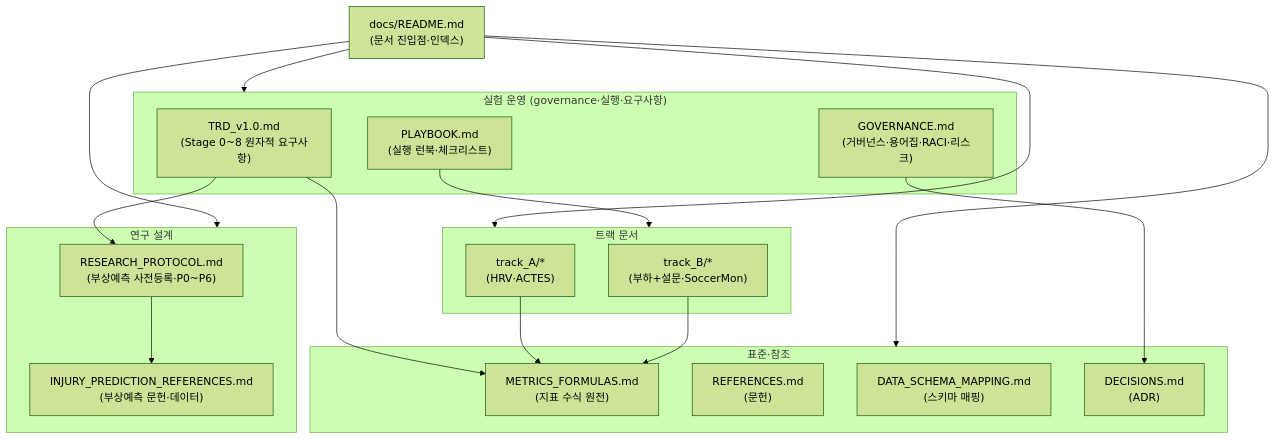
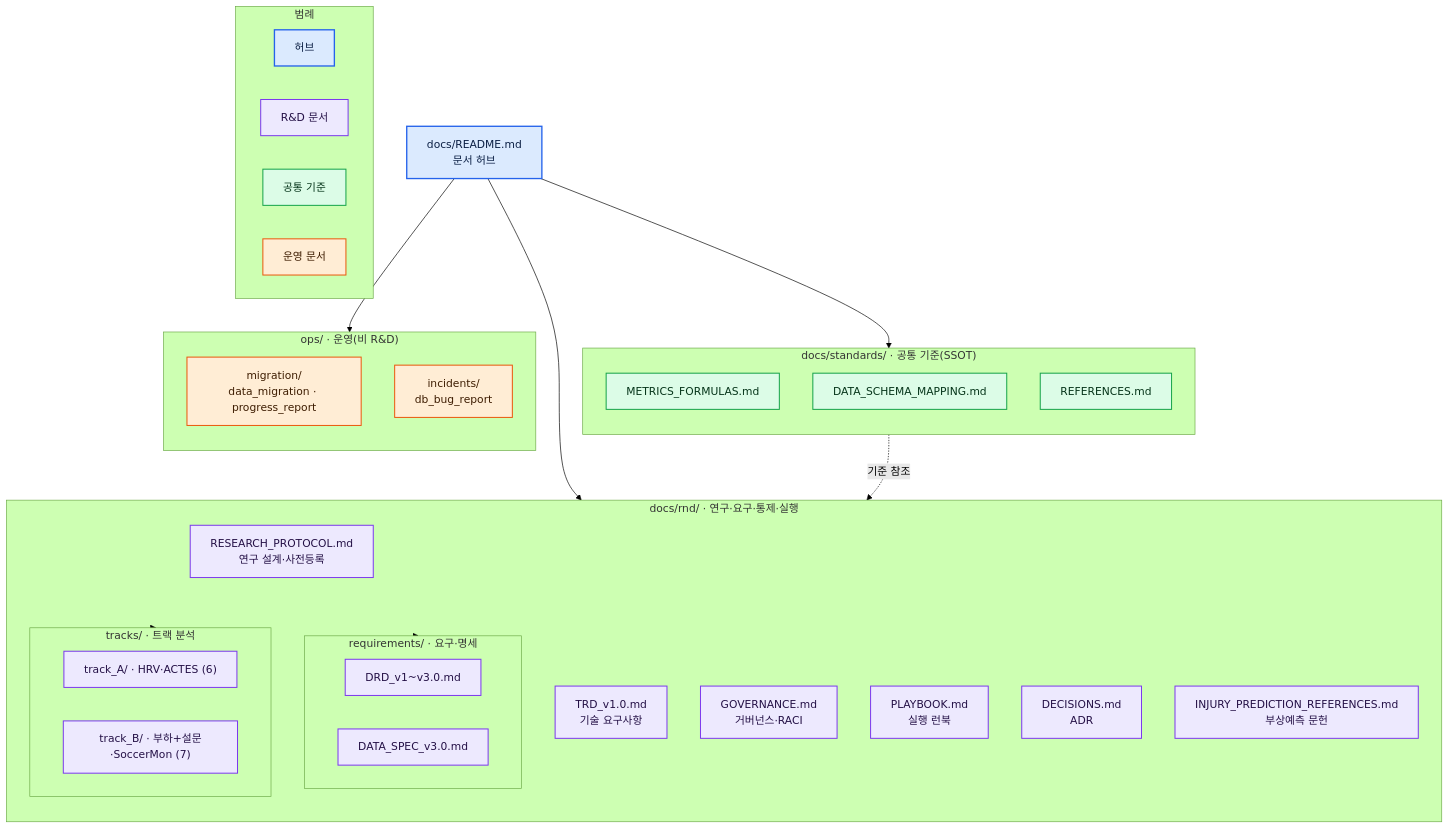
The diagram in soccer_rnd/docs/README.md (genelyuu/soccer-demo), drawn with Mermaid (forest theme) before and after one commit. The commit also changed other lines of this file and 39 other files, not shown here.

First line of the commit message:
refactor(soccer_rnd): 문서 거버넌스 3축 재구성 (ADR-015)

````diff
--- a/soccer_rnd/docs/README.md
+++ b/soccer_rnd/docs/README.md
@@ -48,39 +48,55 @@
 ```mermaid
-flowchart TD
-    README["docs/README.md<br/>(문서 진입점·인덱스)"]
+flowchart TB
+    HUB["docs/README.md<br/>문서 허브"]:::hub
 
-    subgraph OPS["실험 운영 (governance·실행·요구사항)"]
-        TRD["TRD_v1.0.md<br/>(Stage 0~8 원자적 요구사항)"]
-        GOV["GOVERNANCE.md<br/>(거버넌스·용어집·RACI·리스크)"]
-        PLAY["PLAYBOOK.md<br/>(실행 런북·체크리스트)"]
+    subgraph RND["docs/rnd/ · 연구·요구·통제·실행"]
+        direction TB
+        PROTO["RESEARCH_PROTOCOL.md<br/>연구 설계·사전등록"]:::doc
+        TRD["TRD_v1.0.md<br/>기술 요구사항"]:::doc
+        GOV["GOVERNANCE.md<br/>거버넌스·RACI"]:::doc
+        PLAY["PLAYBOOK.md<br/>실행 런북"]:::doc
+        DEC["DECISIONS.md<br/>ADR"]:::doc
+        INJ["INJURY_PREDICTION_REFERENCES.md<br/>부상예측 문헌"]:::doc
+        subgraph REQ["requirements/ · 요구·명세"]
+            DRD["DRD_v1~v3.0.md"]:::doc
+            DS["DATA_SPEC_v3.0.md"]:::doc
+        end
+        subgraph TRK["tracks/ · 트랙 분석"]
+            TA["track_A/ · HRV·ACTES (6)"]:::doc
+            TB["track_B/ · 부하+설문·SoccerMon (7)"]:::doc
+        end
     end
 
-    subgraph DESIGN["연구 설계"]
-        PROTO["RESEARCH_PROTOCOL.md<br/>(부상예측 사전등록·P0~P6)"]
-        INJ["INJURY_PREDICTION_REFERENCES.md<br/>(부상예측 문헌·데이터)"]
+    subgraph STD["docs/standards/ · 공통 기준(SSOT)"]
+        direction TB
+        MF["METRICS_FORMULAS.md"]:::std
+        SM["DATA_SCHEMA_MAPPING.md"]:::std
+        REF["REFERENCES.md"]:::std
     end
 
-    subgraph STD["표준·참조"]
-        MF["METRICS_FORMULAS.md<br/>(지표 수식 원전)"]
-        REF["REFERENCES.md<br/>(문헌)"]
-        DSM["DATA_SCHEMA_MAPPING.md<br/>(스키마 매핑)"]
-        DEC["DECISIONS.md<br/>(ADR)"]
+    subgraph OPS["ops/ · 운영(비 R&D)"]
+        direction TB
+        MIG["migration/<br/>data_migration · progress_report"]:::ops
+        INC["incidents/<br/>db_bug_report"]:::ops
     end
 
-    subgraph TRK["트랙 문서"]
-        TA["track_A/*<br/>(HRV·ACTES)"]
-        TB["track_B/*<br/>(부하+설문·SoccerMon)"]
+    HUB --> RND
+    HUB --> STD
+    HUB --> OPS
+    RND --> REQ
+    RND --> TRK
+    STD -.기준 참조.-> RND
+
+    subgraph LEGEND["범례"]
+        direction LR
+        L1["허브"]:::hub
+        L2["R&D 문서"]:::doc
+        L3["공통 기준"]:::std
+        L4["운영 문서"]:::ops
     end
 
-    README --> OPS
-    README --> DESIGN
-    README --> STD
-    README --> TRK
-    TRD --> PROTO
-    TRD --> MF
-    GOV --> DEC
-    PLAY --> TRK
-    TA --> MF
-    TB --> MF
-    PROTO --> INJ
+    classDef hub fill:#dbeafe,stroke:#2563eb,stroke-width:2px,color:#0b1f44;
+    classDef doc fill:#ede9fe,stroke:#7c3aed,stroke-width:1.5px,color:#241046;
+    classDef std fill:#dcfce7,stroke:#16a34a,stroke-width:1.5px,color:#06351a;
+    classDef ops fill:#ffedd5,stroke:#ea580c,stroke-width:1.5px,color:#3d1c00;
 ```
````
